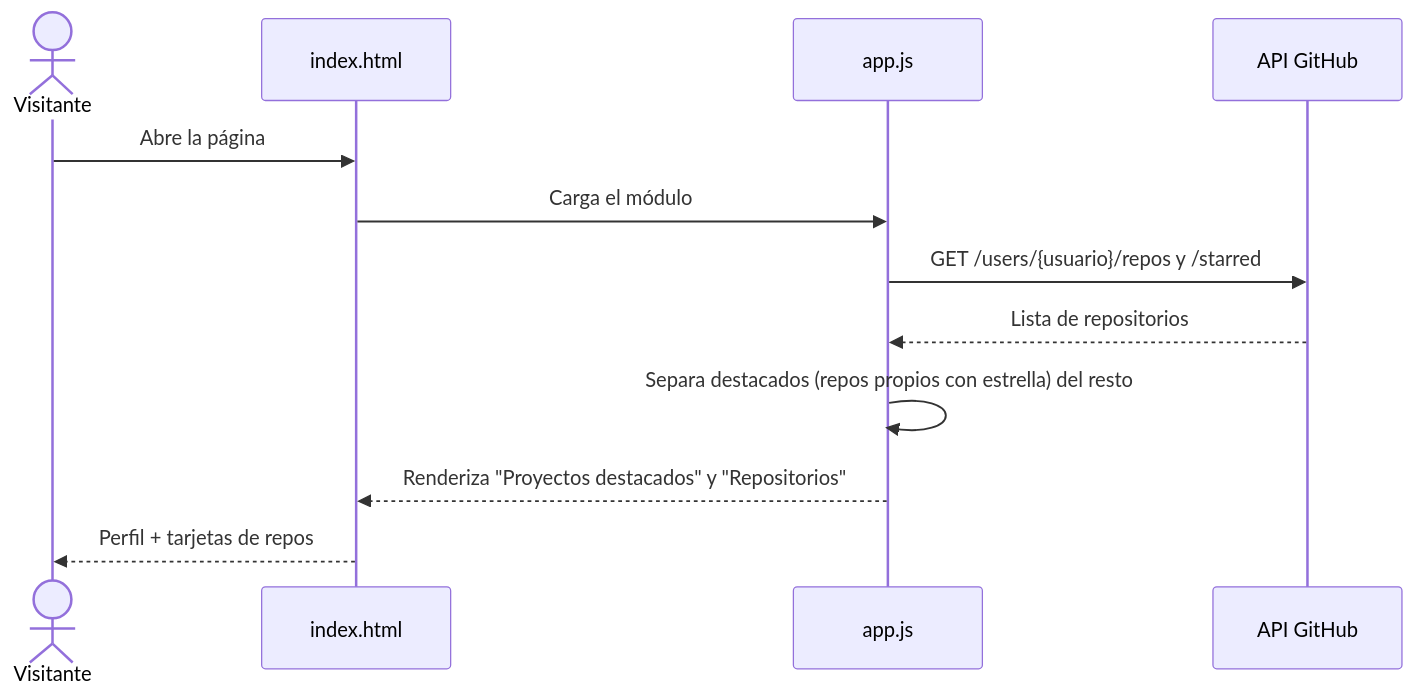
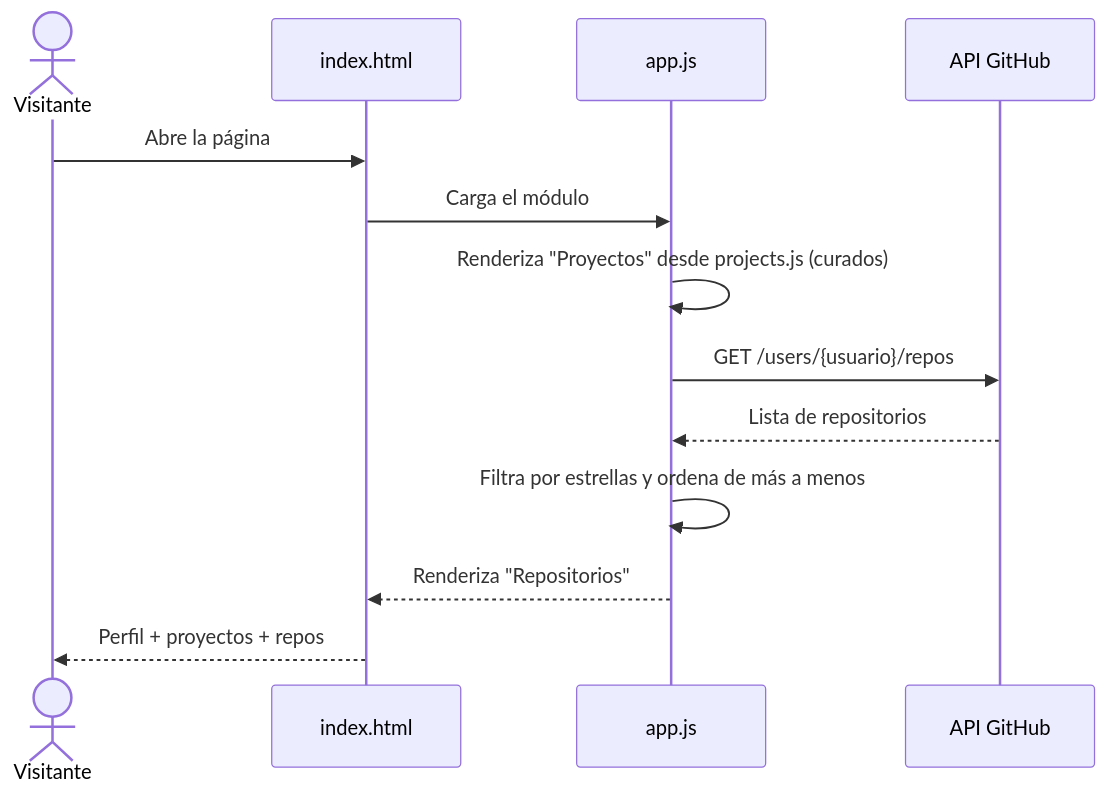
One commit to brayandiazc/portfolio-template-basic changed the second of 2 diagrams in docs/architecture/architecture.md. Above: the diagram before and after it, drawn with Mermaid. The commit also changed other lines of this file and 9 other files, not shown here.

First line of the commit message:
feat(projects): separar Proyectos (curados) de Repositorios (por estrellas)

````diff
--- a/docs/architecture/architecture.md
+++ b/docs/architecture/architecture.md
@@ -60,14 +63,15 @@
 ```mermaid
 sequenceDiagram
     actor U as Visitante
     participant P as index.html
     participant J as app.js
     participant GH as API GitHub
     U->>P: Abre la página
     P->>J: Carga el módulo
-    J->>GH: GET /users/{usuario}/repos y /starred
+    J->>J: Renderiza "Proyectos" desde projects.js (curados)
+    J->>GH: GET /users/{usuario}/repos
     GH-->>J: Lista de repositorios
-    J->>J: Separa destacados (repos propios con estrella) del resto
-    J-->>P: Renderiza "Proyectos destacados" y "Repositorios"
-    P-->>U: Perfil + tarjetas de repos
+    J->>J: Filtra por estrellas y ordena de más a menos
+    J-->>P: Renderiza "Repositorios"
+    P-->>U: Perfil + proyectos + repos
 ```
````
